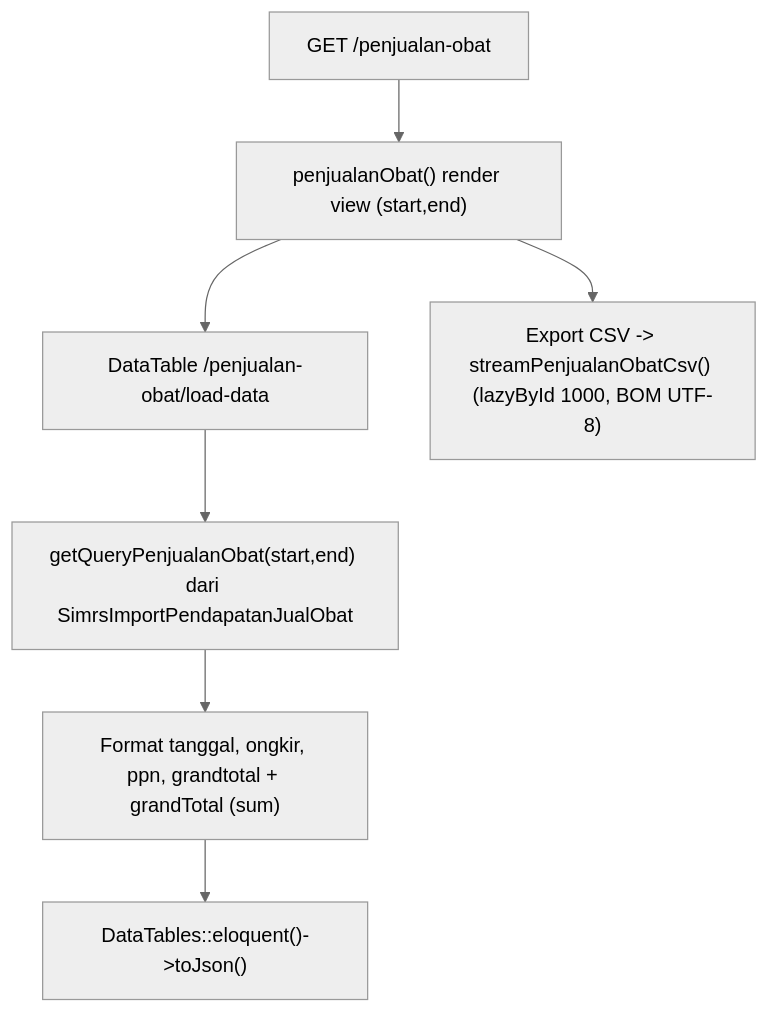
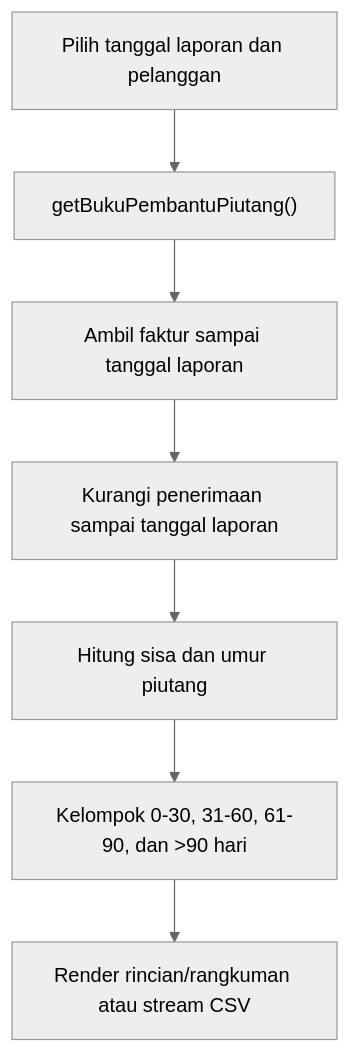
The second of 3 diagrams in dokumentasi/laporan-pendapatan.md (AltamaSidoarjo/laravel-siakurat-pt-smt), drawn with Mermaid (neutral theme) before and after one commit. The commit also changed other lines of this file and 7 other files, not shown here.

Commit message:
feat(laporan): tambah mutasi buku pembantu piutang

````diff
--- a/dokumentasi/laporan-pendapatan.md
+++ b/dokumentasi/laporan-pendapatan.md
@@ -70,9 +97,9 @@
 ```mermaid
 flowchart TD
-    A["GET /penjualan-obat"] --> B["penjualanObat() render view (start,end)"]
-    B --> C["DataTable /penjualan-obat/load-data"]
-    C --> D["getQueryPenjualanObat(start,end) dari SimrsImportPendapatanJualObat"]
-    D --> E["Format tanggal, ongkir, ppn, grandtotal + grandTotal (sum)"]
-    E --> F["DataTables::eloquent()->toJson()"]
-    B --> G["Export CSV -> streamPenjualanObatCsv() (lazyById 1000, BOM UTF-8)"]
+    A["Pilih tanggal laporan dan pelanggan"] --> B["getBukuPembantuPiutang()"]
+    B --> C["Ambil faktur sampai tanggal laporan"]
+    C --> D["Kurangi penerimaan sampai tanggal laporan"]
+    D --> E["Hitung sisa dan umur piutang"]
+    E --> F["Kelompok 0-30, 31-60, 61-90, dan >90 hari"]
+    F --> G["Render rincian/rangkuman atau stream CSV"]
 ```
````
